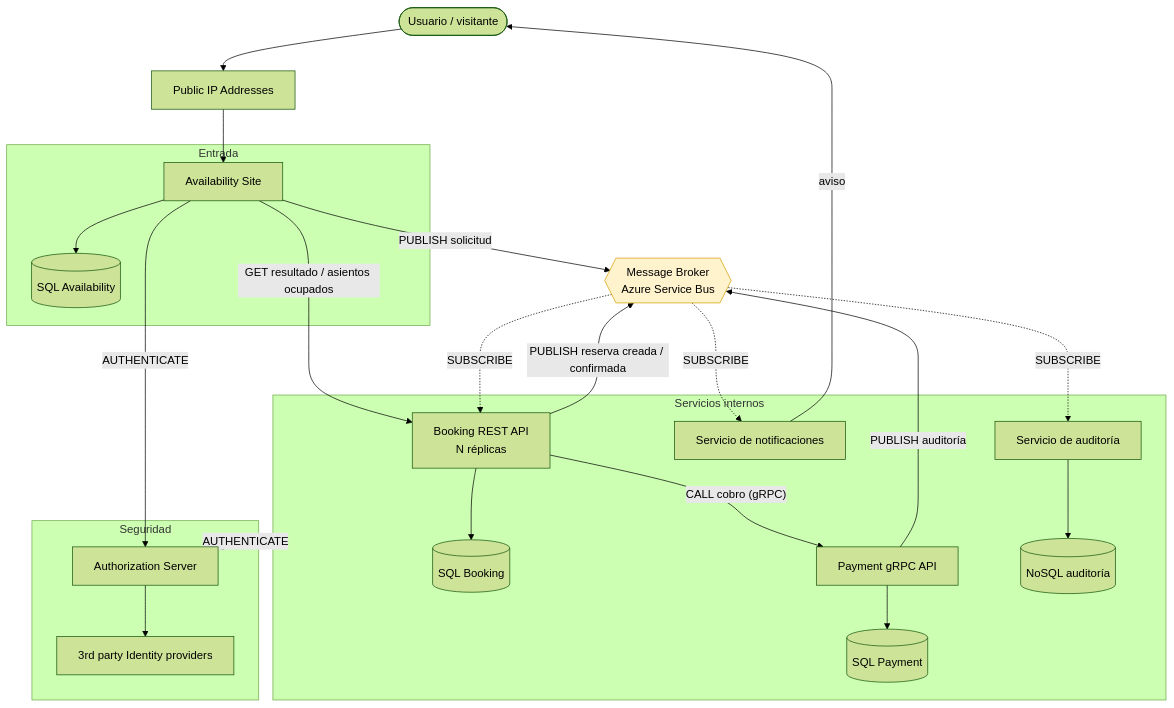
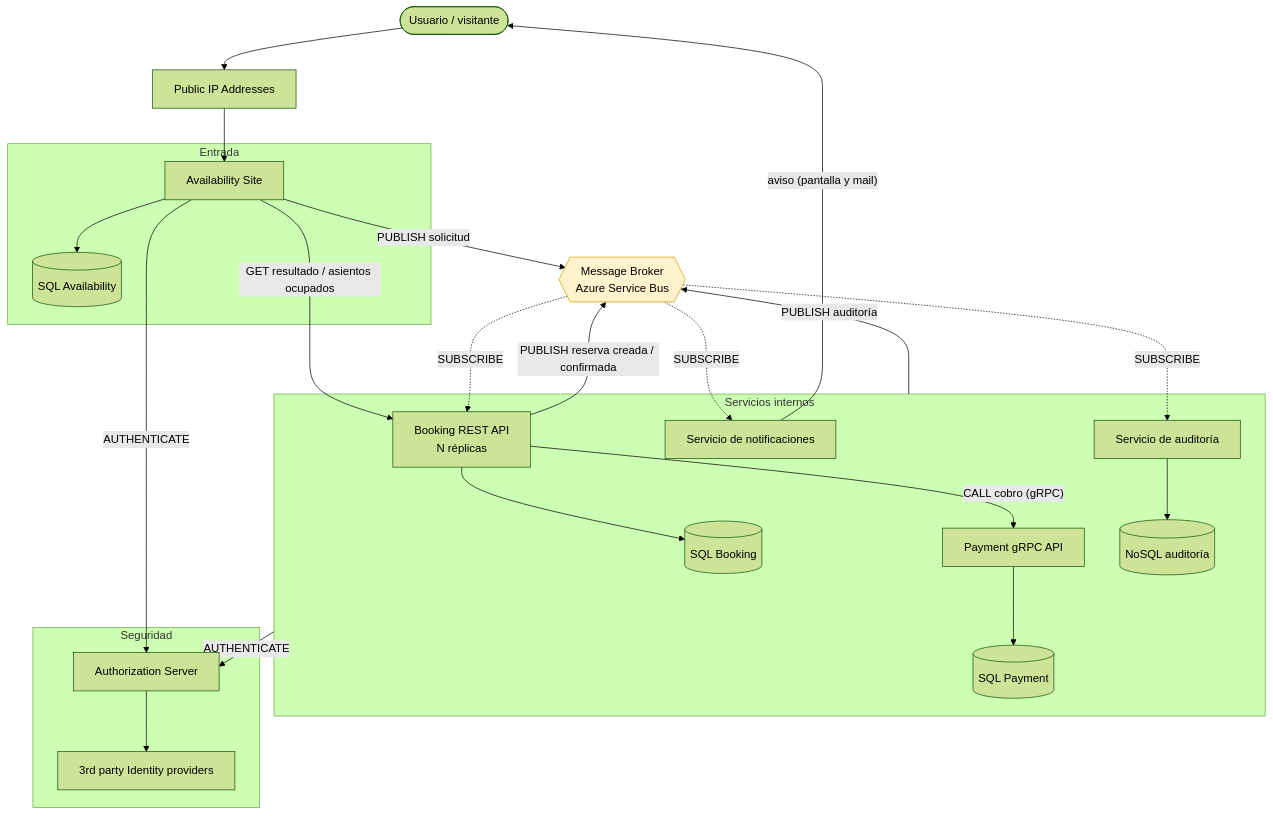
Before and after one commit to mhuyema/tpProgra4_: the first of 7 diagrams in README.md, drawn with Mermaid (forest theme). The commit also changed other lines of this file and 2 other files, not shown here.

````diff
--- a/README.md
+++ b/README.md
@@ -26,48 +26,48 @@
 ```mermaid
 flowchart TB
     U([Usuario / visitante]) --> IP[Public IP Addresses]
 
     subgraph ENT[Entrada]
         AV[Availability Site]
         AVDB[(SQL Availability)]
     end
 
     MB{{Message Broker<br/>Azure Service Bus}}
 
     subgraph INT[Servicios internos]
         BK[Booking REST API<br/>N réplicas]
         BKDB[(SQL Booking)]
         PY[Payment gRPC API]
         PYDB[(SQL Payment)]
         NT[Servicio de notificaciones]
         AL[Servicio de auditoría]
         ALDB[(NoSQL auditoría)]
     end
 
     subgraph SEG[Seguridad]
         AS[Authorization Server]
         IDP[3rd party Identity providers]
     end
 
     IP --> AV
     AV --> AVDB
     AV -- "PUBLISH solicitud" --> MB
     AV -- "GET resultado / asientos ocupados" --> BK
     MB -. "SUBSCRIBE" .-> BK
     BK --> BKDB
     BK -- "CALL cobro (gRPC)" --> PY
     PY --> PYDB
     BK -- "PUBLISH reserva creada / confirmada" --> MB
-    PY -- "PUBLISH auditoría" --> MB
+    INT -- "PUBLISH auditoría" --> MB
     MB -. "SUBSCRIBE" .-> NT
     MB -. "SUBSCRIBE" .-> AL
     AL --> ALDB
-    NT -- "aviso" --> U
+    NT -- "aviso (pantalla y mail)" --> U
 
     AV -- "AUTHENTICATE" --> AS
     INT -- "AUTHENTICATE" --> AS
     AS --> IDP
 
     classDef ec fill:#fff3cd,stroke:#d39e00,color:#000
     class MB ec
 ```
````
